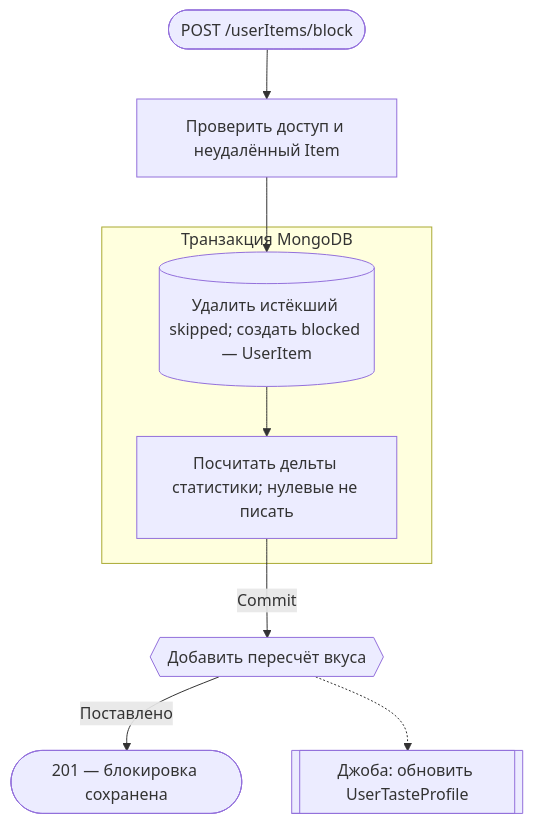
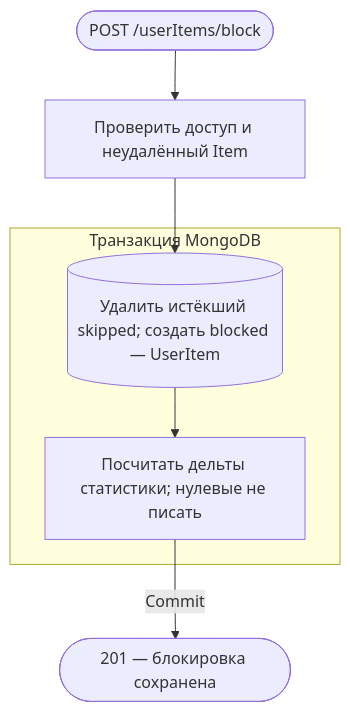
Before and after one commit to AmyGrooove/f95-tinder: the fourth of 8 diagrams in apps/api/docs/api/requestFlows/userItems.md, drawn with Mermaid. The commit also changed other lines of this file and 83 other files, not shown here.

````diff
--- a/apps/api/docs/api/requestFlows/userItems.md
+++ b/apps/api/docs/api/requestFlows/userItems.md
@@ -87,14 +83,12 @@
 ```mermaid
 flowchart TD
     accTitle: Бессрочная блокировка произведения
-    accDescr: Проверить Item, сохранить blocked в транзакции и после commit поставить пересчёт вкуса, не ожидая джобу
+    accDescr: Проверить Item, сохранить blocked в транзакции и вернуть ответ после commit
     A(["POST /userItems/block"]):::http --> B["Проверить доступ и неудалённый Item"]:::action
     subgraph TX["Транзакция MongoDB"]
         C[("Удалить истёкший skipped; создать blocked — UserItem")]:::data
         C --> D["Посчитать дельты статистики; нулевые не писать"]:::action
     end
     B --> C
-    D -->|Commit| Q{{"Добавить пересчёт вкуса"}}:::queue
-    Q -->|Поставлено| R(["201 — блокировка сохранена"]):::http
-    Q -.-> J[["Джоба: обновить UserTasteProfile"]]:::job
+    D -->|Commit| R(["201 — блокировка сохранена"]):::http
 ```
````
